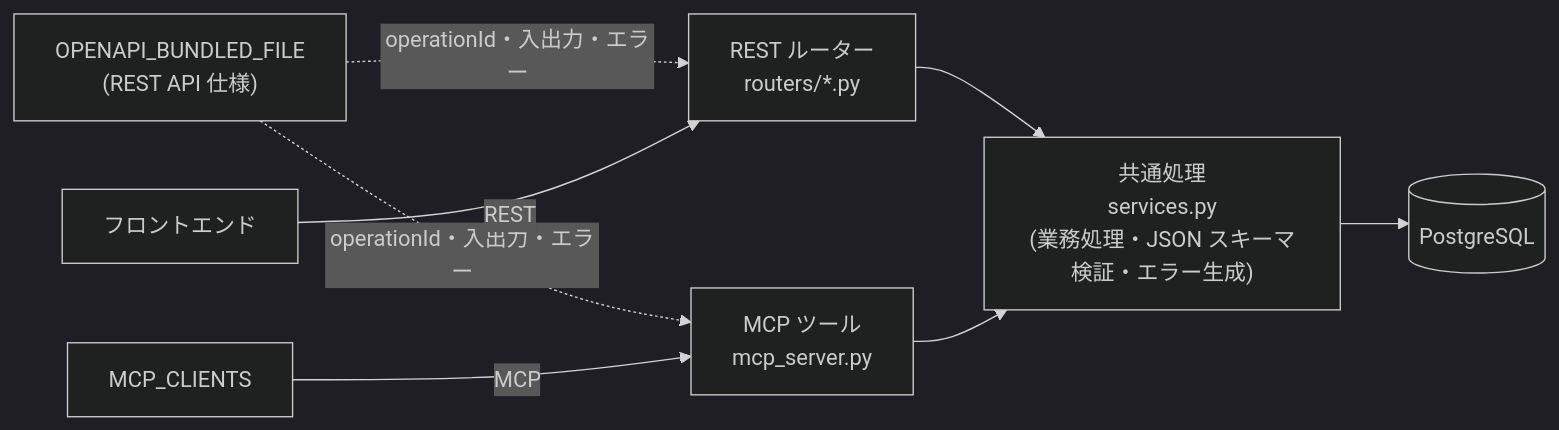
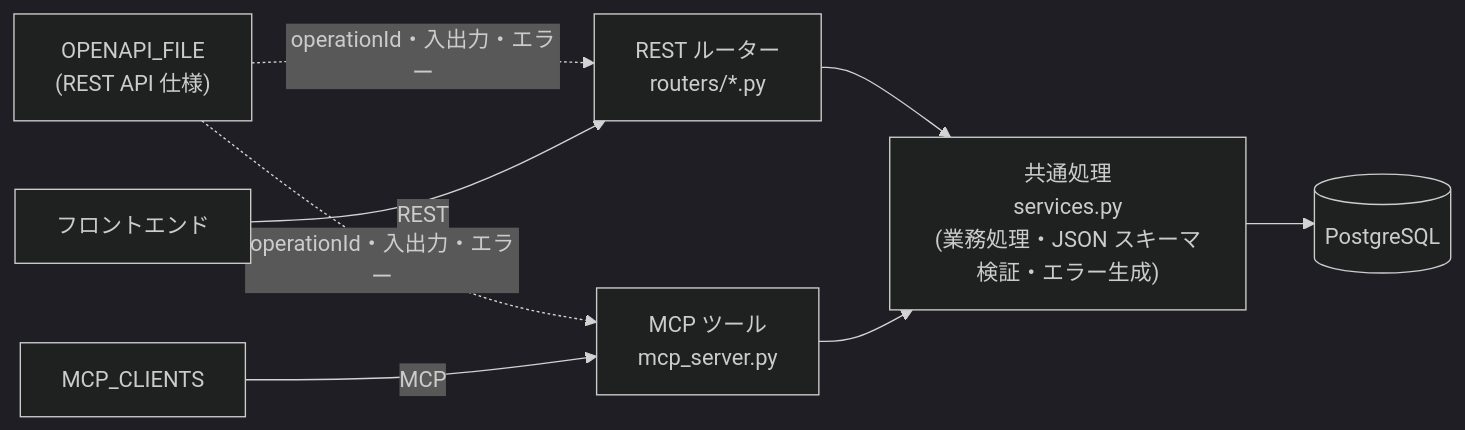
One commit to hikanashi/develop_assistant changed the second of 2 diagrams in design/requiments/enviroment.md. Above: the diagram before and after it, drawn with Mermaid (dark theme). The commit also changed other lines of this file, not shown here.

````diff
--- a/design/requiments/enviroment.md
+++ b/design/requiments/enviroment.md
@@ -403,15 +394,15 @@
 ```mermaid
 flowchart LR
-    SPEC["OPENAPI_BUNDLED_FILE<br/>(REST API 仕様)"]
+    SPEC["OPENAPI_FILE<br/>(REST API 仕様)"]
     REST["REST ルーター<br/>routers/*.py"]
     MCP["MCP ツール<br/>mcp_server.py"]
     SVC["共通処理<br/>services.py<br/>(業務処理・JSON スキーマ検証・エラー生成)"]
     DB[("PostgreSQL")]
     SPEC -. "operationId・入出力・エラー" .-> REST
     SPEC -. "operationId・入出力・エラー" .-> MCP
     FE["フロントエンド"] -->|REST| REST
     MC["MCP_CLIENTS"] -->|MCP| MCP
     REST --> SVC
     MCP --> SVC
     SVC --> DB
 ```
````
